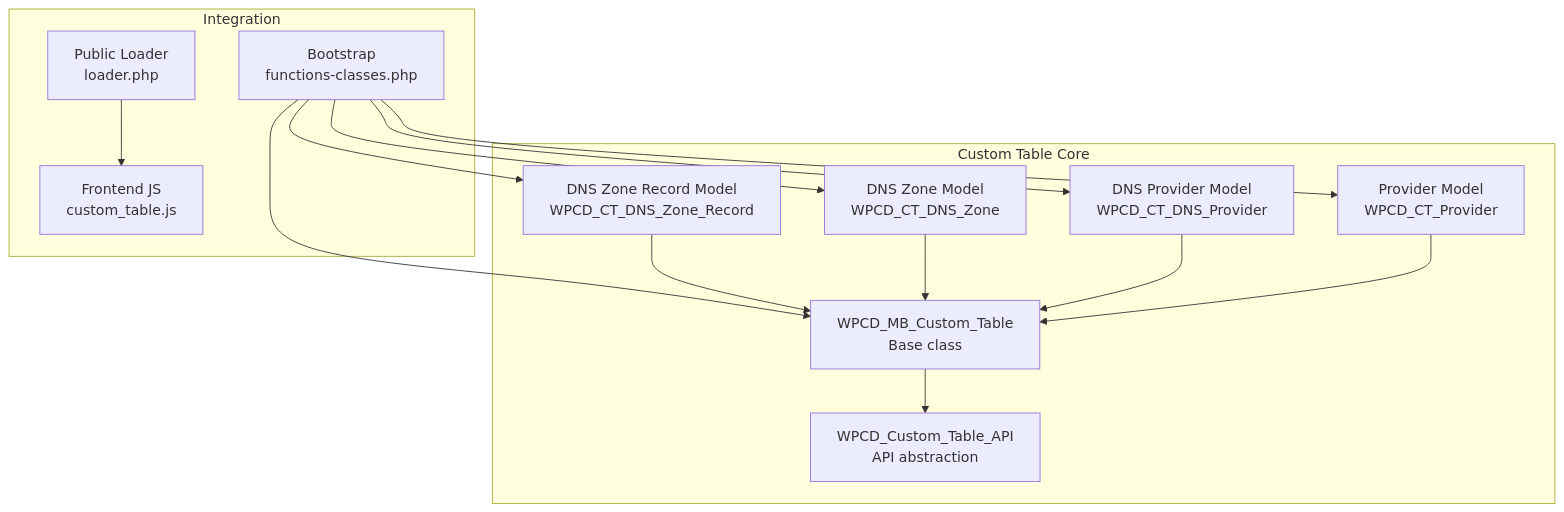
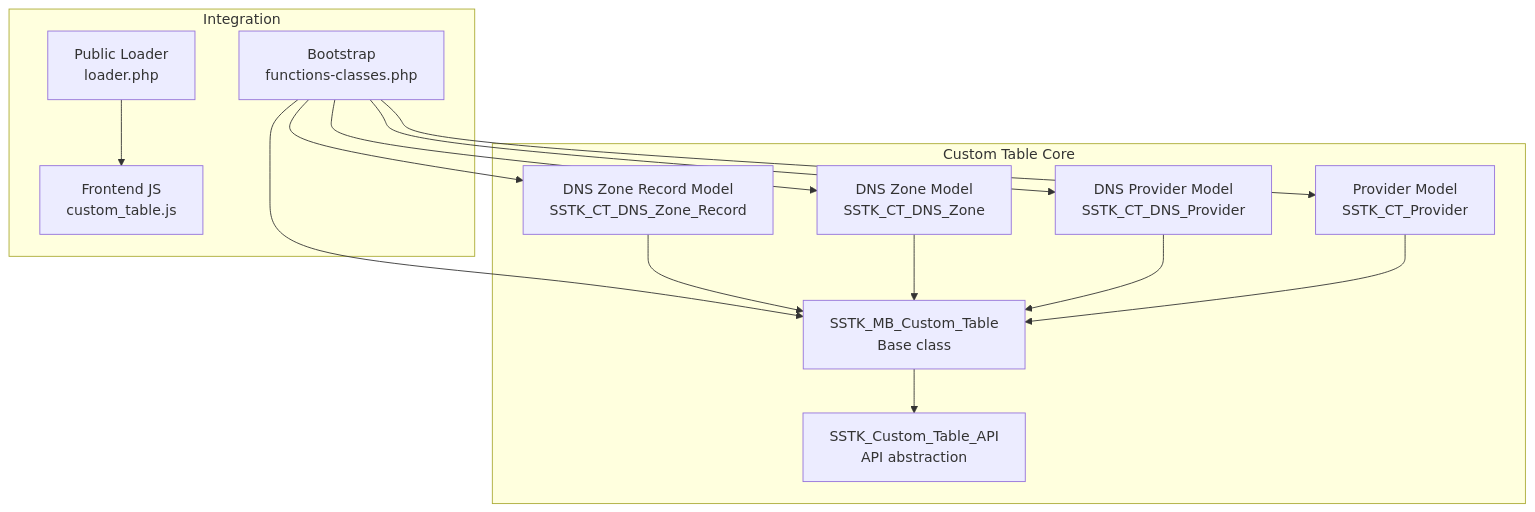
One commit to onedogsolutions/simple-stack changed the first of 5 diagrams in .qoder/repowiki/en/content/Data Management/Custom Database Tables/Table Abstraction Layer.md. Above: the diagram before and after it, drawn with Mermaid. The commit also changed other lines of this file and 5941 other files, not shown here.

````diff
--- a/.qoder/repowiki/en/content/Data Management/Custom Database Tables/Table Abstraction Layer.md
+++ b/.qoder/repowiki/en/content/Data Management/Custom Database Tables/Table Abstraction Layer.md
@@ -44,27 +44,27 @@
 ```mermaid
 graph TB
 subgraph "Custom Table Core"
-A["WPCD_MB_Custom_Table<br/>Base class"]
-B["WPCD_Custom_Table_API<br/>API abstraction"]
-C["Provider Model<br/>WPCD_CT_Provider"]
-D["DNS Provider Model<br/>WPCD_CT_DNS_Provider"]
-E["DNS Zone Model<br/>WPCD_CT_DNS_Zone"]
-F["DNS Zone Record Model<br/>WPCD_CT_DNS_Zone_Record"]
+A["SSTK_MB_Custom_Table<br/>Base class"]
+B["SSTK_Custom_Table_API<br/>API abstraction"]
+C["Provider Model<br/>SSTK_CT_Provider"]
+D["DNS Provider Model<br/>SSTK_CT_DNS_Provider"]
+E["DNS Zone Model<br/>SSTK_CT_DNS_Zone"]
+F["DNS Zone Record Model<br/>SSTK_CT_DNS_Zone_Record"]
 end
 subgraph "Integration"
 G["Bootstrap<br/>functions-classes.php"]
 H["Public Loader<br/>loader.php"]
 I["Frontend JS<br/>custom_table.js"]
 end
 A --> B
 C --> A
 D --> A
 E --> A
 F --> A
 G --> A
 G --> C
 G --> D
 G --> E
 G --> F
 H --> I
 ```
````
